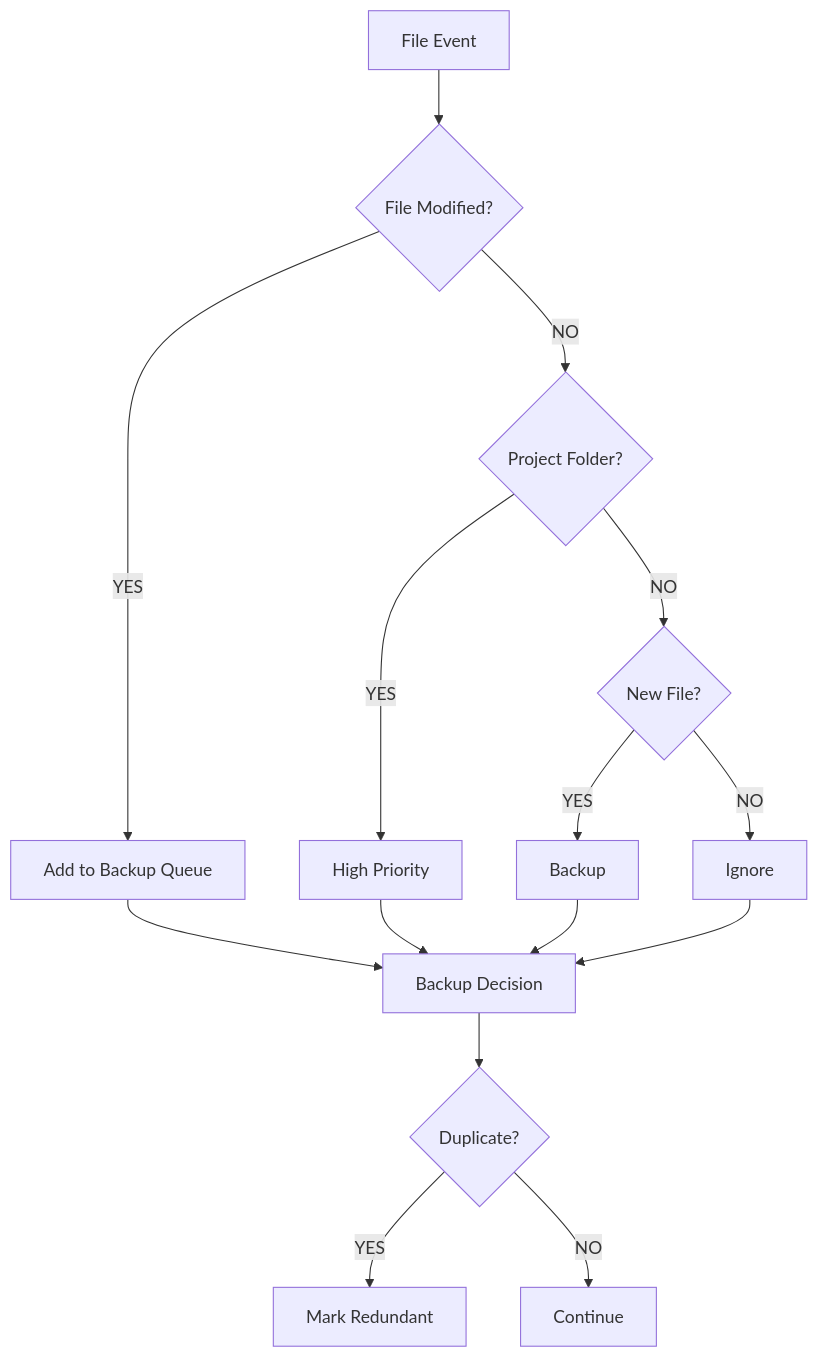
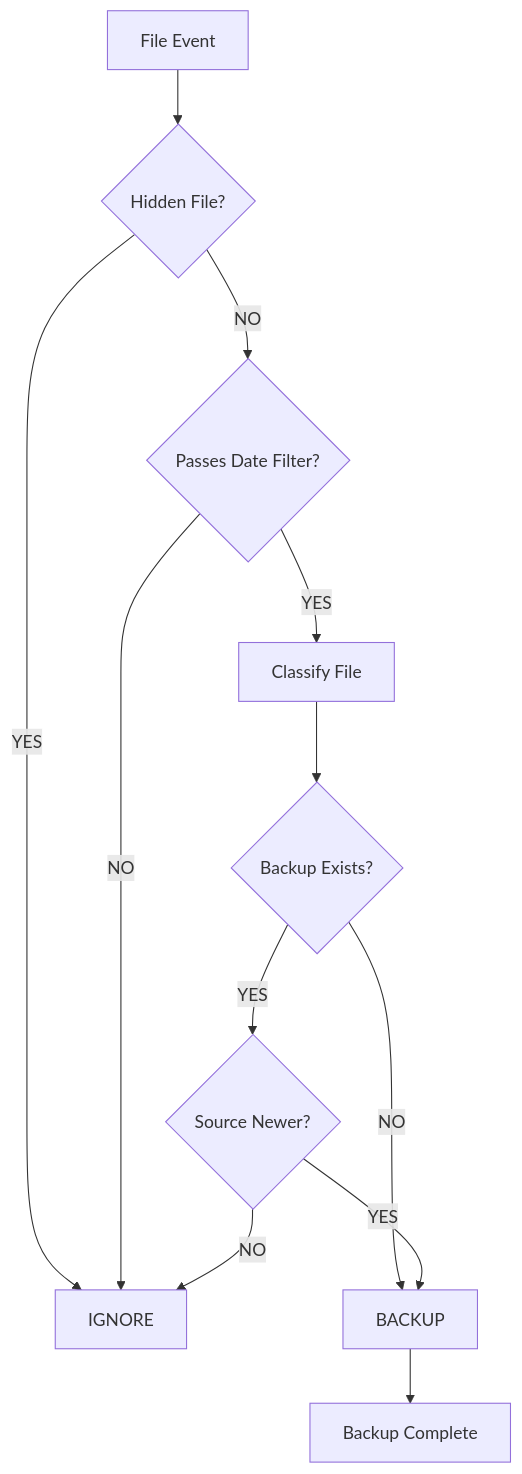
Before and after one commit to khushi10-coder/OS-PROJECT: the seventh of 13 diagrams in README.md, drawn with Mermaid. The commit also changed other lines of this file, not shown here.

````diff
--- a/README.md
+++ b/README.md
@@ -204,22 +357,20 @@
 ```mermaid
 flowchart TD
-    A["File Event"] --> B{"File Modified?"}
+    A["File Event"] --> B{"Hidden File?"}
 
-    B -->|YES| C["Add to Backup Queue"]
-    B -->|NO| D{"Project Folder?"}
+    B -->|YES| C["IGNORE"]
+    B -->|NO| D{"Passes Date Filter?"}
 
-    D -->|YES| E["High Priority"]
-    D -->|NO| F{"New File?"}
+    D -->|NO| C
+    D -->|YES| E["Classify File"]
 
-    F -->|YES| G["Backup"]
-    F -->|NO| H["Ignore"]
+    E --> F{"Backup Exists?"}
 
-    C --> I["Backup Decision"]
-    E --> I
-    G --> I
-    H --> I
+    F -->|NO| G["BACKUP"]
+    F -->|YES| H{"Source Newer?"}
 
-    I --> J{"Duplicate?"}
-    J -->|YES| K["Mark Redundant"]
-    J -->|NO| L["Continue"]
+    H -->|YES| G
+    H -->|NO| C
+
+    G --> I["Backup Complete"]
 ```
````
